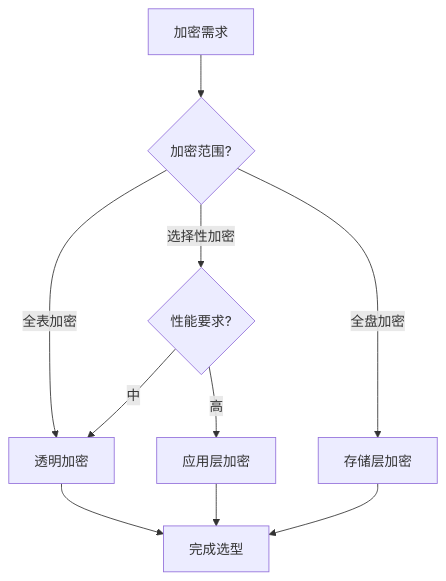
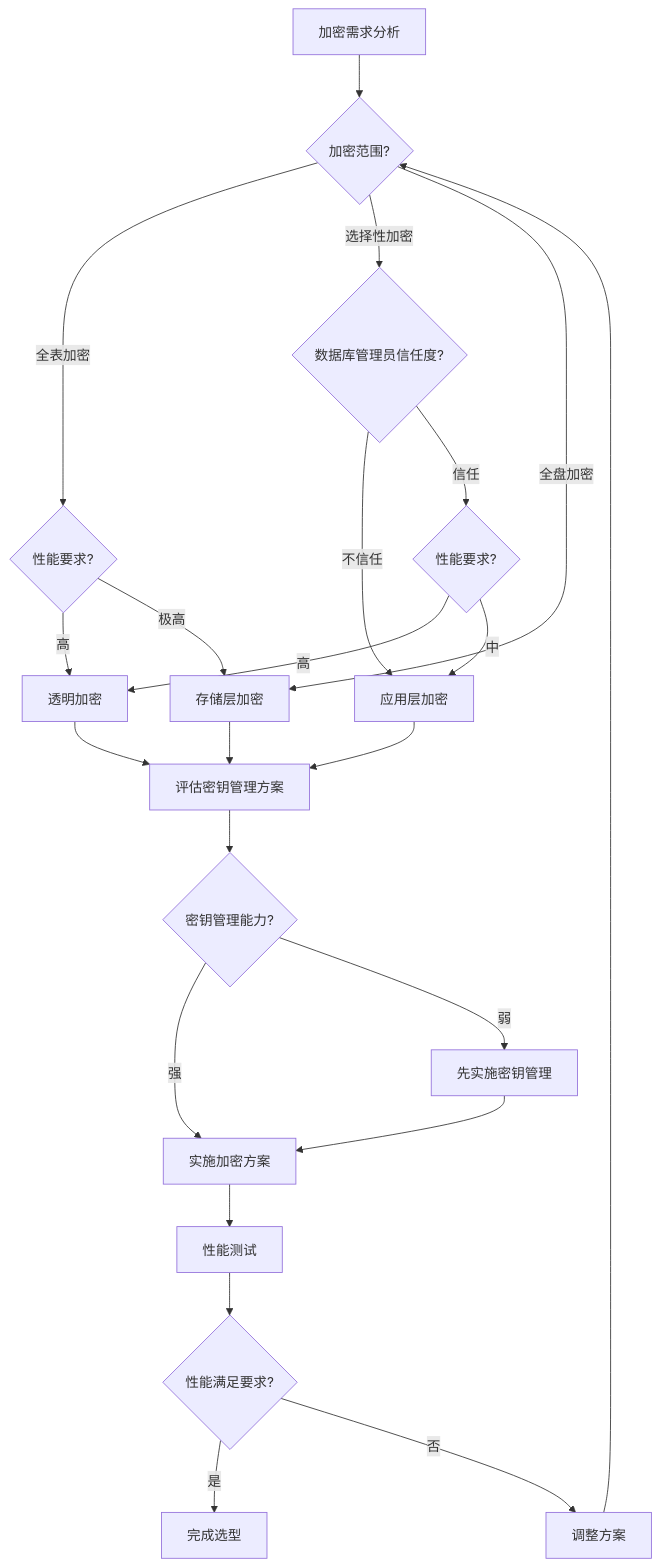
One commit to AdaMartin18010/PostgreSQL_modern changed the third of 4 diagrams in Integrate/05-安全与合规/安全架构设计与场景分析指南.md. Above: the diagram before and after it, drawn with Mermaid. The commit also changed other lines of this file and 53 other files, not shown here.

````diff
--- a/Integrate/05-安全与合规/安全架构设计与场景分析指南.md
+++ b/Integrate/05-安全与合规/安全架构设计与场景分析指南.md
@@ -1206,12 +3051,31 @@
 ```mermaid
 flowchart TD
-    A[加密需求] --> B{加密范围?}
-    B -->|全表加密| C[透明加密]
-    B -->|选择性加密| D{性能要求?}
+    A[加密需求分析] --> B{加密范围?}
+    B -->|全表加密| C{性能要求?}
+    B -->|选择性加密| D{数据库管理员信任度?}
     B -->|全盘加密| E[存储层加密]
-    D -->|高| F[应用层加密]
-    D -->|中| C
-    C --> G[完成选型]
-    F --> G
-    E --> G
+
+    C -->|高| F[透明加密]
+    C -->|极高| E
+
+    D -->|不信任| G[应用层加密]
+    D -->|信任| H{性能要求?}
+
+    H -->|高| F
+    H -->|中| G
+
+    F --> I[评估密钥管理方案]
+    G --> I
+    E --> I
+
+    I --> J{密钥管理能力?}
+    J -->|强| K[实施加密方案]
+    J -->|弱| L[先实施密钥管理]
+    L --> K
+
+    K --> M[性能测试]
+    M --> N{性能满足要求?}
+    N -->|是| O[完成选型]
+    N -->|否| P[调整方案]
+    P --> B
 ```
````
